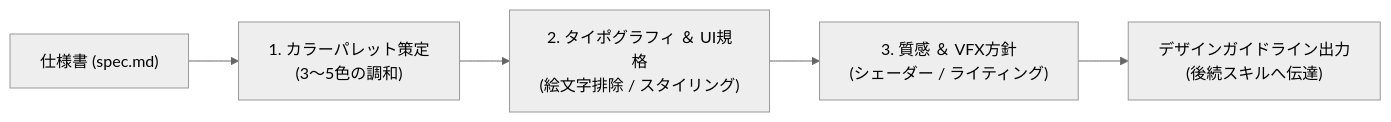
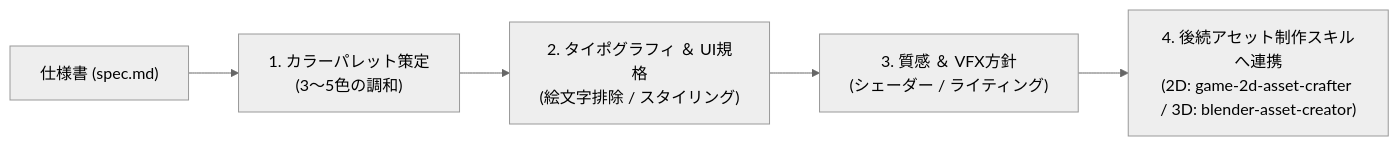
The diagram in game-art-director/SKILL.md (kohma0714t-arch/godot_game_skill), drawn with Mermaid (neutral theme) before and after one commit. The commit also changed other lines of this file and 20 other files, not shown here.

````diff
--- a/game-art-director/SKILL.md
+++ b/game-art-director/SKILL.md
@@ -12,7 +14,7 @@
 ```mermaid
 flowchart LR
     Spec["仕様書 (spec.md)"] --> Palette["1. カラーパレット策定<br>(3〜5色の調和)"]
     Palette --> Typography["2. タイポグラフィ ＆ UI規格<br>(絵文字排除 / スタイリング)"]
     Typography --> VFXShaders["3. 質感 ＆ VFX方針<br>(シェーダー / ライティング)"]
-    VFXShaders --> Guidelines["デザインガイドライン出力<br>(後続スキルへ伝達)"]
+    VFXShaders --> Handover["4. 後続アセット制作スキルへ連携<br>(2D: game-2d-asset-crafter / 3D: blender-asset-creator)"]
 ```
````
